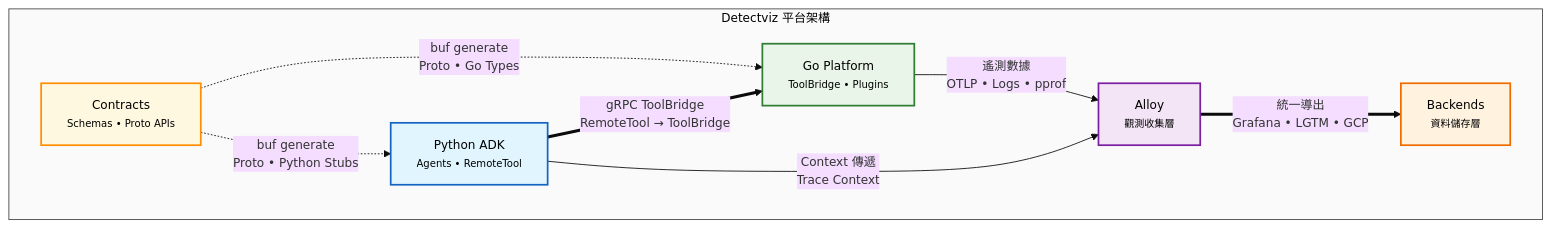
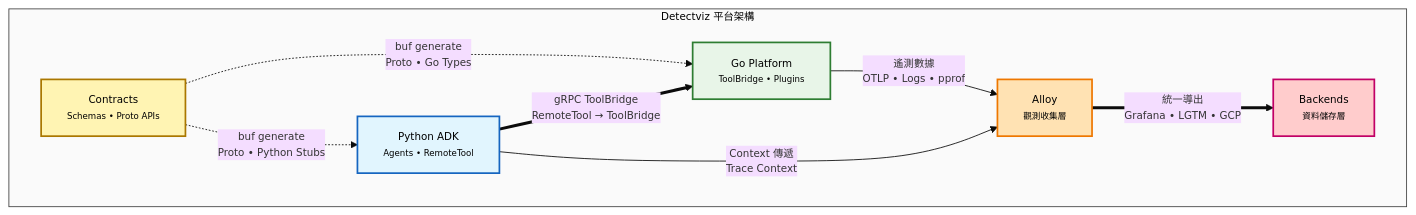
The diagram in README.md (detectviz/detectviz-platform), drawn with Mermaid before and after one commit.

````diff
--- a/README.md
+++ b/README.md
@@ -27,30 +27,30 @@
 ```mermaid
-%%{init: {'theme':'base', 'themeVariables': {'fontFamily': 'arial', 'fontSize': '14px'}}}%%
+%%{init: {'theme':'base', 'themeVariables': {'fontFamily': 'arial', 'fontSize': '12px'}}}%%
 
 graph LR
   subgraph CORE["Detectviz 平台架構"]
   direction LR
       style CORE fill:#fafafa,stroke:#424242,stroke-width:1px,color:#000
 
       C["Contracts<br/><small>Schemas • Proto APIs</small>"]:::contract
       G["Go Platform<br/><small>ToolBridge • Plugins</small>"]:::go
       P["Python ADK<br/><small>Agents • RemoteTool</small>"]:::python
       A["Alloy<br/><small>觀測收集層</small>"]:::alloy
       B["Backends<br/><small>資料儲存層</small>"]:::backend
   end
 
   %% 資料流向
   C -.->|buf generate<br/>Proto • Go Types| G
   C -.->|buf generate<br/>Proto • Python Stubs| P
   P ==>|gRPC ToolBridge<br/>RemoteTool → ToolBridge| G
   G -->|遙測數據<br/>OTLP • Logs • pprof| A
   P -->|Context 傳遞<br/>Trace Context| A
   A ==>|統一導出<br/>Grafana • LGTM • GCP| B
 
   %% 顏色定義
-  classDef contract fill:#fff8e1,stroke:#ff8f00,stroke-width:2px,color:#000
+  classDef contract fill:#FFF4B3,stroke:#AA7700,stroke-width:2px,color:#000
   classDef go fill:#e8f5e8,stroke:#2e7d32,stroke-width:2px,color:#000
   classDef python fill:#e1f5fe,stroke:#1565c0,stroke-width:2px,color:#000
-  classDef alloy fill:#f3e5f5,stroke:#7b1fa2,stroke-width:2px,color:#000
-  classDef backend fill:#fff3e0,stroke:#ef6c00,stroke-width:2px,color:#000
+  classDef alloy fill:#FFE2B3,stroke:#EE7700,stroke-width:2px,color:#000
+  classDef backend fill:#FFCCCC,stroke:#C10066,stroke-width:2px,color:#000
 ```
````
